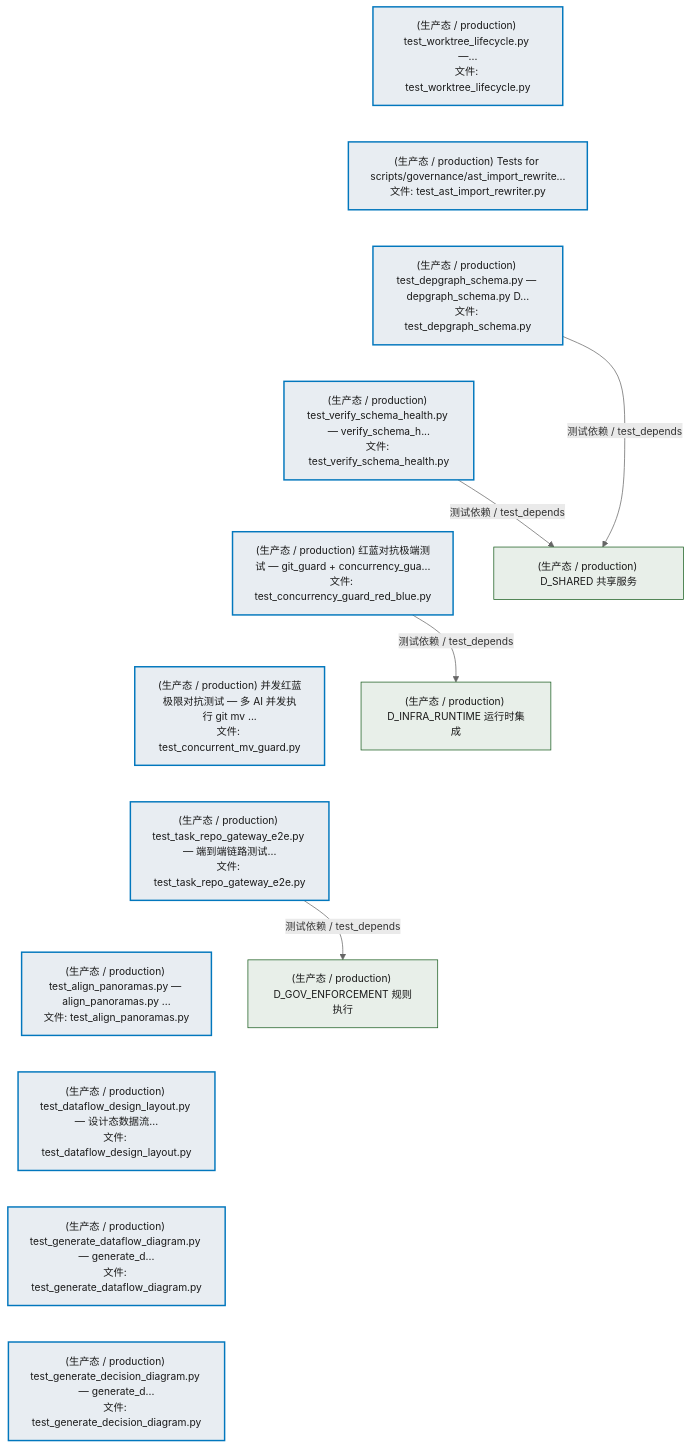
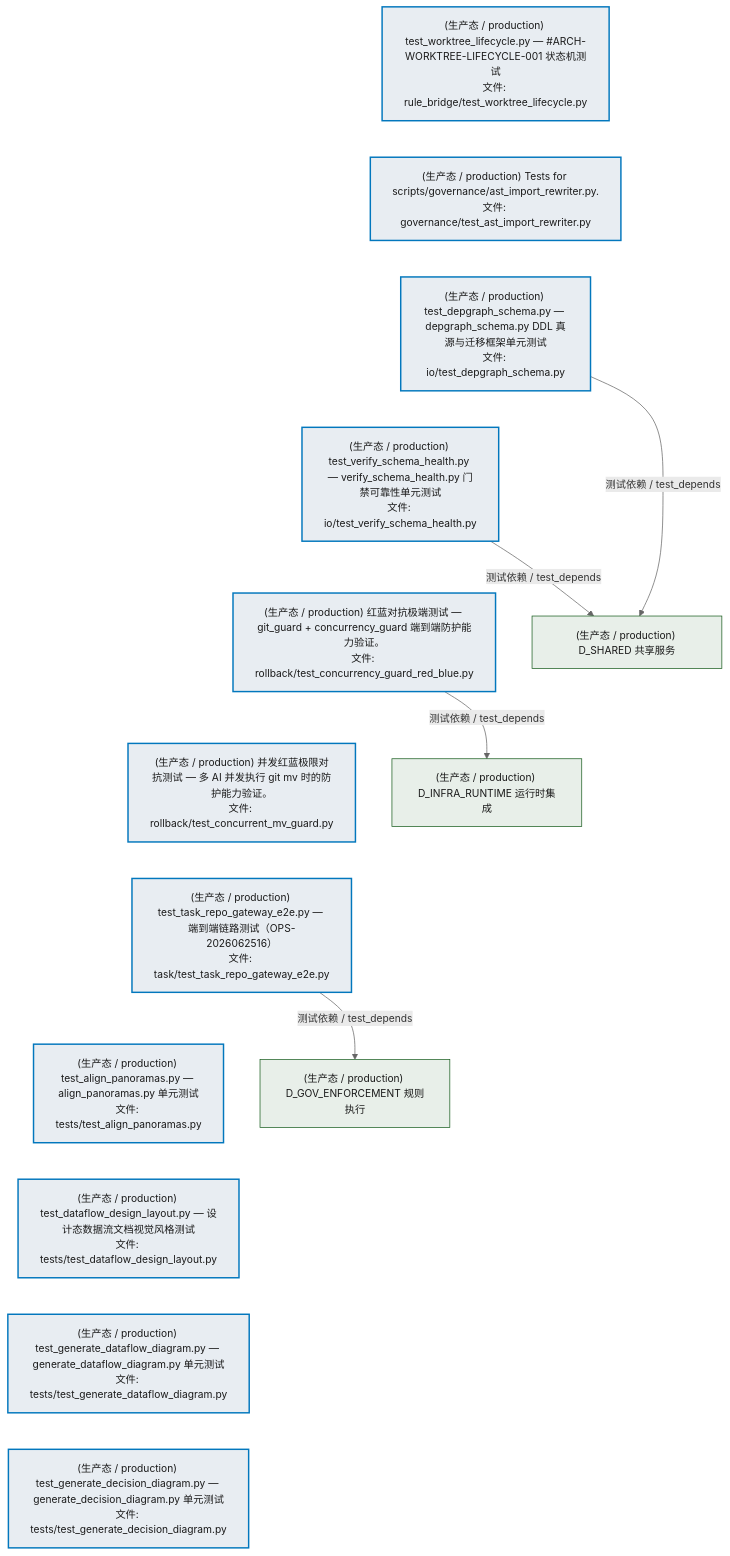
One commit to xuanFelixVan/ZephyrAlpha changed the eighth of 10 diagrams in docs/02_enterprise_architecture/02_domain_architecture_docs/49_d_governance.md. Above: the diagram before and after it, drawn with Mermaid. The commit also changed other lines of this file and 63 other files, not shown here.

First line of the commit message:
chore(reconciler): batched auto-commit (8 reconcilers) by GitCommitGateway post-commit

````diff
--- a/docs/02_enterprise_architecture/02_domain_architecture_docs/49_d_governance.md
+++ b/docs/02_enterprise_architecture/02_domain_architecture_docs/49_d_governance.md
@@ -1122,38 +1122,38 @@
 ```mermaid
 %%{init: {'theme': 'base', 'themeVariables': {'primaryColor': '#eaeaea', 'primaryTextColor': '#333333', 'primaryBorderColor': '#666666', 'lineColor': '#666666', 'secondaryColor': '#eaeaea', 'tertiaryColor': '#eaeaea', 'fontSize': '14px'}}}%%
 flowchart TD
-    tests_governance_rule_bridge_test_worktree_lifecycle_py["(生产态 / production) test_worktree_lifecycle.py —...<br/>文件: test_worktree_lifecycle.py"]
-    tests_governance_test_ast_import_rewriter_py["(生产态 / production) Tests for scripts/governance/ast_import_rewrite...<br/>文件: test_ast_import_rewriter.py"]
-    tests_io_test_depgraph_schema_py["(生产态 / production) test_depgraph_schema.py — depgraph_schema.py D...<br/>文件: test_depgraph_schema.py"]
-    tests_io_test_verify_schema_health_py["(生产态 / production) test_verify_schema_health.py — verify_schema_h...<br/>文件: test_verify_schema_health.py"]
-    tests_rollback_test_concurrency_guard_red_blue_py["(生产态 / production) 红蓝对抗极端测试 — git_guard + concurrency_gua...<br/>文件: test_concurrency_guard_red_blue.py"]
-    tests_rollback_test_concurrent_mv_guard_py["(生产态 / production) 并发红蓝极限对抗测试 — 多 AI 并发执行 git mv ...<br/>文件: test_concurrent_mv_guard.py"]
-    tests_task_test_task_repo_gateway_e2e_py["(生产态 / production) test_task_repo_gateway_e2e.py — 端到端链路测试...<br/>文件: test_task_repo_gateway_e2e.py"]
-    tests_test_align_panoramas_py["(生产态 / production) test_align_panoramas.py — align_panoramas.py ...<br/>文件: test_align_panoramas.py"]
-    tests_test_dataflow_design_layout_py["(生产态 / production) test_dataflow_design_layout.py — 设计态数据流...<br/>文件: test_dataflow_design_layout.py"]
-    tests_test_generate_dataflow_diagram_py["(生产态 / production) test_generate_dataflow_diagram.py — generate_d...<br/>文件: test_generate_dataflow_diagram.py"]
-    tests_test_generate_decision_diagram_py["(生产态 / production) test_generate_decision_diagram.py — generate_d...<br/>文件: test_generate_decision_diagram.py"]
+    tests_governance_rule_bridge_test_worktree_lifecycle_py["(生产态 / production) test_worktree_lifecycle.py — #ARCH-WORKTREE-LIFECYCLE-001 状态机测试<br/>文件: rule_bridge/test_worktree_lifecycle.py"]
+    tests_governance_test_ast_import_rewriter_py["(生产态 / production) Tests for scripts/governance/ast_import_rewriter.py.<br/>文件: governance/test_ast_import_rewriter.py"]
+    tests_io_test_depgraph_schema_py["(生产态 / production) test_depgraph_schema.py — depgraph_schema.py DDL 真源与迁移框架单元测试<br/>文件: io/test_depgraph_schema.py"]
+    tests_io_test_verify_schema_health_py["(生产态 / production) test_verify_schema_health.py — verify_schema_health.py 门禁可靠性单元测试<br/>文件: io/test_verify_schema_health.py"]
+    tests_rollback_test_concurrency_guard_red_blue_py["(生产态 / production) 红蓝对抗极端测试 — git_guard + concurrency_guard 端到端防护能力验证。<br/>文件: rollback/test_concurrency_guard_red_blue.py"]
+    tests_rollback_test_concurrent_mv_guard_py["(生产态 / production) 并发红蓝极限对抗测试 — 多 AI 并发执行 git mv 时的防护能力验证。<br/>文件: rollback/test_concurrent_mv_guard.py"]
+    tests_task_test_task_repo_gateway_e2e_py["(生产态 / production) test_task_repo_gateway_e2e.py — 端到端链路测试（OPS-2026062516）<br/>文件: task/test_task_repo_gateway_e2e.py"]
+    tests_test_align_panoramas_py["(生产态 / production) test_align_panoramas.py — align_panoramas.py 单元测试<br/>文件: tests/test_align_panoramas.py"]
+    tests_test_dataflow_design_layout_py["(生产态 / production) test_dataflow_design_layout.py — 设计态数据流文档视觉风格测试<br/>文件: tests/test_dataflow_design_layout.py"]
+    tests_test_generate_dataflow_diagram_py["(生产态 / production) test_generate_dataflow_diagram.py — generate_dataflow_diagram.py 单元测试<br/>文件: tests/test_generate_dataflow_diagram.py"]
+    tests_test_generate_decision_diagram_py["(生产态 / production) test_generate_decision_diagram.py — generate_decision_diagram.py 单元测试<br/>文件: tests/test_generate_decision_diagram.py"]
     tests_governance_rule_bridge_test_worktree_lifecycle_py ~~~ tests_governance_test_ast_import_rewriter_py
     tests_governance_test_ast_import_rewriter_py ~~~ tests_io_test_depgraph_schema_py
     tests_io_test_depgraph_schema_py ~~~ tests_io_test_verify_schema_health_py
     tests_io_test_verify_schema_health_py ~~~ tests_rollback_test_concurrency_guard_red_blue_py
     tests_rollback_test_concurrency_guard_red_blue_py ~~~ tests_rollback_test_concurrent_mv_guard_py
     tests_rollback_test_concurrent_mv_guard_py ~~~ tests_task_test_task_repo_gateway_e2e_py
     tests_task_test_task_repo_gateway_e2e_py ~~~ tests_test_align_panoramas_py
     tests_test_align_panoramas_py ~~~ tests_test_dataflow_design_layout_py
     tests_test_dataflow_design_layout_py ~~~ tests_test_generate_dataflow_diagram_py
     tests_test_generate_dataflow_diagram_py ~~~ tests_test_generate_decision_diagram_py
     D_GOV_ENFORCEMENT["(生产态 / production) D_GOV_ENFORCEMENT 规则执行"]
     tests_task_test_task_repo_gateway_e2e_py -->|测试依赖 / test_depends| D_GOV_ENFORCEMENT
     D_SHARED["(生产态 / production) D_SHARED 共享服务"]
     tests_io_test_verify_schema_health_py -->|测试依赖 / test_depends| D_SHARED
     D_INFRA_RUNTIME["(生产态 / production) D_INFRA_RUNTIME 运行时集成"]
     tests_rollback_test_concurrency_guard_red_blue_py -->|测试依赖 / test_depends| D_INFRA_RUNTIME
     tests_io_test_depgraph_schema_py -->|测试依赖 / test_depends| D_SHARED
     classDef production fill:#e8edf2,stroke:#0277bd,stroke-width:2px,color:#1a1a1a
     classDef design fill:#f0ebe3,stroke:#bf360c,stroke-width:2px,color:#1a1a1a,stroke-dasharray: 5 5
     classDef external_prod fill:#e8efe9,stroke:#1b5e20,stroke-width:1px,color:#1a1a1a
     classDef external_design fill:#efe5ea,stroke:#880e4f,stroke-width:1px,color:#1a1a1a,stroke-dasharray: 5 5
     class tests_governance_rule_bridge_test_worktree_lifecycle_py,tests_governance_test_ast_import_rewriter_py,tests_io_test_depgraph_schema_py,tests_io_test_verify_schema_health_py,tests_rollback_test_concurrency_guard_red_blue_py,tests_rollback_test_concurrent_mv_guard_py,tests_task_test_task_repo_gateway_e2e_py,tests_test_align_panoramas_py,tests_test_dataflow_design_layout_py,tests_test_generate_dataflow_diagram_py,tests_test_generate_decision_diagram_py production
     class D_GOV_ENFORCEMENT,D_SHARED,D_INFRA_RUNTIME external_prod
 ```
````
